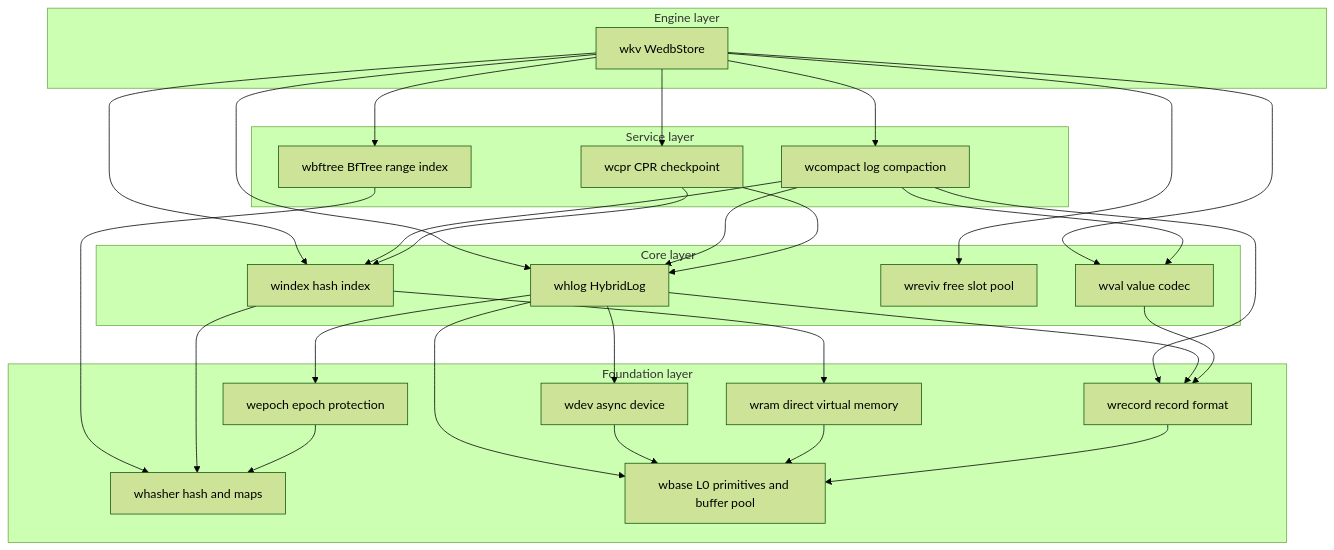
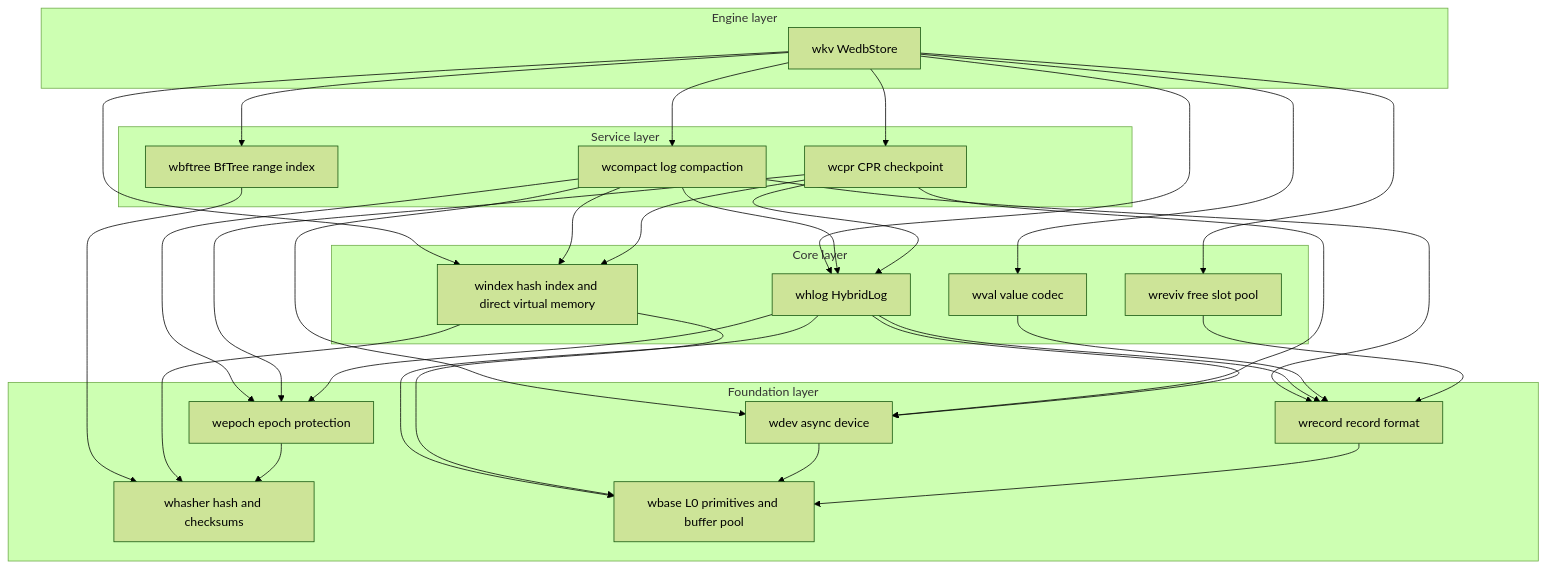
The first of 2 diagrams in wedb/readme/en.md (webc-site/wedb), drawn with Mermaid (forest theme) before and after one commit. The commit also changed other lines of this file and 7 other files, not shown here.

Commit message:
docs: 校正 README crate 地图，删幽灵 wram 与虚构 16 分片，按实况重写 API 清单并再生成 mdt

````diff
--- a/wedb/readme/en.md
+++ b/wedb/readme/en.md
@@ -171,51 +170,53 @@
 ```mermaid
 graph TD
   subgraph engine[Engine layer]
     wkv[wkv WedbStore]
   end
   subgraph services[Service layer]
     wcpr[wcpr CPR checkpoint]
     wcompact[wcompact log compaction]
     wbftree[wbftree BfTree range index]
   end
   subgraph core[Core layer]
     whlog[whlog HybridLog]
-    windex[windex hash index]
+    windex[windex hash index and direct virtual memory]
     wreviv[wreviv free slot pool]
     wval[wval value codec]
   end
   subgraph foundation[Foundation layer]
     wrecord[wrecord record format]
     wdev[wdev async device]
     wepoch[wepoch epoch protection]
-    whasher[whasher hash and maps]
-    wram[wram direct virtual memory]
+    whasher[whasher hash and checksums]
     wbase[wbase L0 primitives and buffer pool]
   end
 
   wkv --> wcpr
   wkv --> wcompact
   wkv --> wbftree
   wkv --> whlog
   wkv --> windex
   wkv --> wreviv
   wkv --> wval
   wcompact --> whlog
   wcompact --> windex
-  wcompact --> wval
   wcompact --> wrecord
+  wcompact --> wdev
+  wcompact --> wepoch
   wcpr --> whlog
   wcpr --> windex
+  wcpr --> wdev
+  wcpr --> wepoch
   wbftree --> whasher
   whlog --> wrecord
   whlog --> wdev
   whlog --> wepoch
   whlog --> wbase
   windex --> whasher
-  windex --> wram
+  windex --> wbase
   wval --> wrecord
   wdev --> wbase
   wepoch --> whasher
-  wram --> wbase
   wrecord --> wbase
+  wreviv --> wrecord
 ```
````
